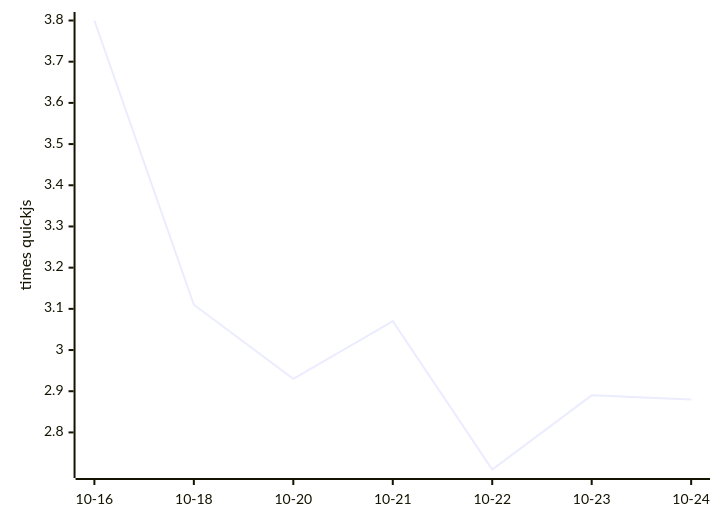
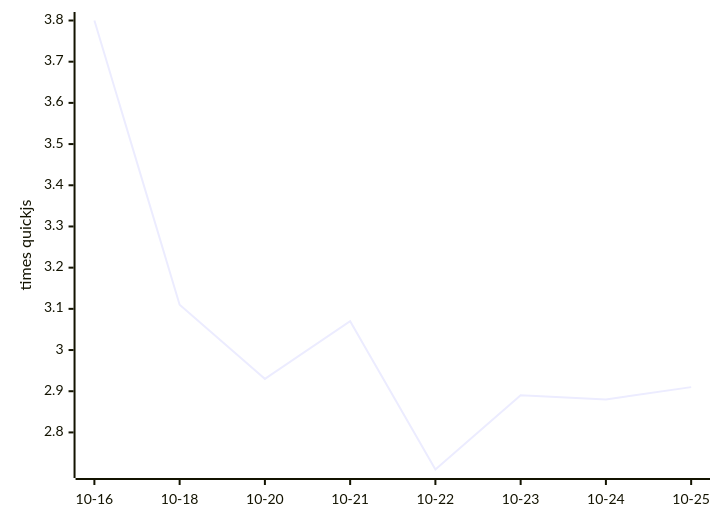
One commit to mozzius/kahvi changed the diagram in README.md. Above: the diagram before and after it, drawn with Mermaid. The commit also changed other lines of this file and 1 other file, not shown here.

````diff
--- a/README.md
+++ b/README.md
@@ -9,6 +9,6 @@
 ```mermaid
 xychart-beta
-  x-axis ["10-16", "10-18", "10-20", "10-21", "10-22", "10-23", "10-24"]
+  x-axis ["10-16", "10-18", "10-20", "10-21", "10-22", "10-23", "10-24", "10-25"]
   y-axis "times quickjs"
-  line [3.80, 3.11, 2.93, 3.07, 2.71, 2.89, 2.88]
+  line [3.80, 3.11, 2.93, 3.07, 2.71, 2.89, 2.88, 2.91]
 ```
````
